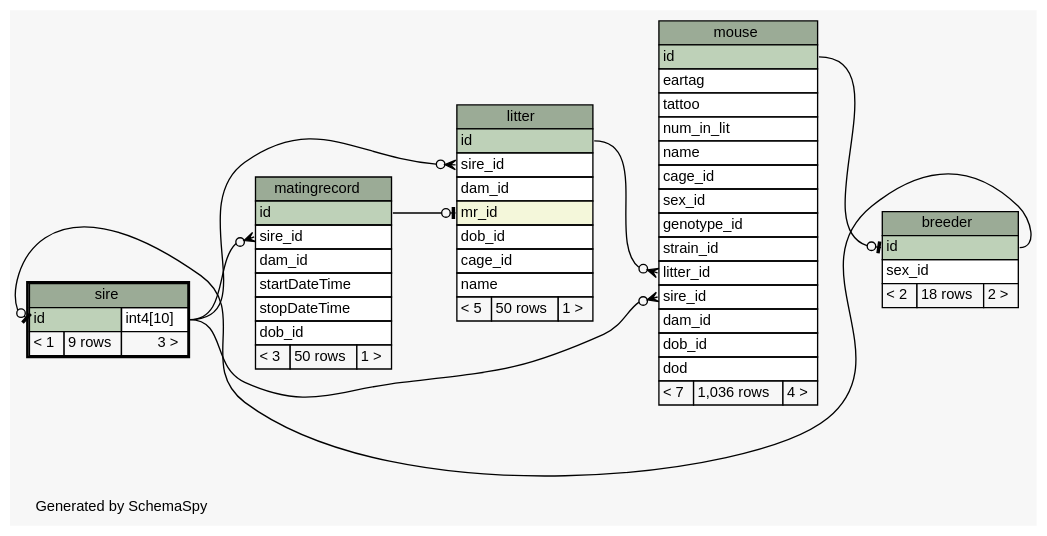
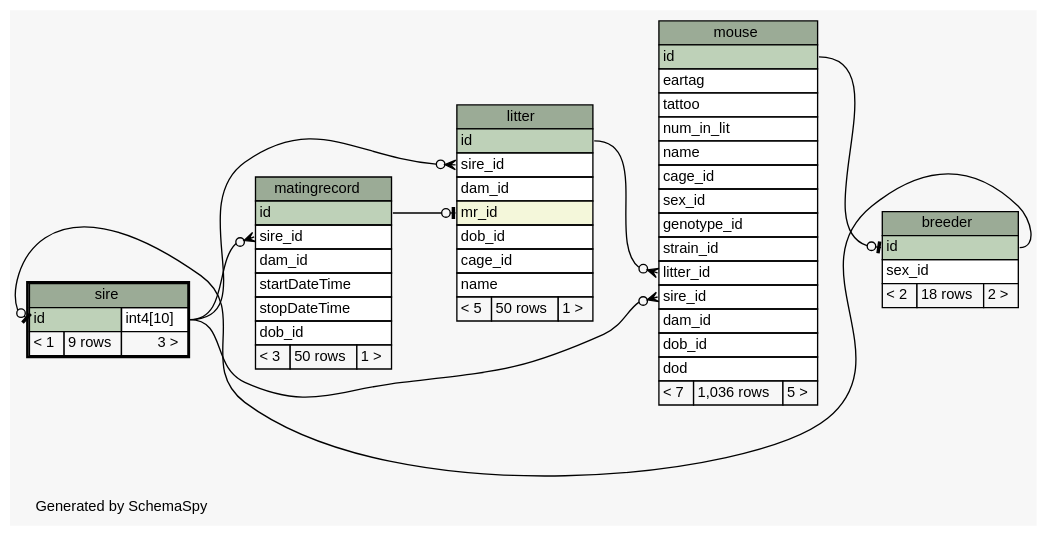
The diagram in database/ss/diagrams/sire.1degree.dot (tgbugs/mlab), drawn with Graphviz before and after one commit. The commit also changed 183 other files, not shown here.

```diff
--- a/database/ss/diagrams/sire.1degree.dot
+++ b/database/ss/diagrams/sire.1degree.dot
@@ -1,104 +1,104 @@
 // dot 2.32.0 on Windows 7 6.1
 // SchemaSpy rev 590
 digraph "oneDegreeRelationshipsDiagram" {
   graph [
     rankdir="RL"
     bgcolor="#f7f7f7"
     label="\nGenerated by SchemaSpy"
     labeljust="l"
     nodesep="0.18"
     ranksep="0.46"
     fontname="Helvetica"
     fontsize="11"
   ];
   node [
     fontname="Helvetica"
     fontsize="11"
     shape="plaintext"
   ];
   edge [
     arrowsize="0.8"
   ];
   "breeder":"id":w -> "mouse":"id":e [arrowhead=none dir=back arrowtail=teeodot];
   "litter":"mr_id":w -> "matingrecord":"id":e [arrowhead=none dir=back arrowtail=teeodot];
   "litter":"sire_id":w -> "sire":"id.type":e [arrowhead=none dir=back arrowtail=crowodot];
   "matingrecord":"sire_id":w -> "sire":"id.type":e [arrowhead=none dir=back arrowtail=crowodot];
   "mouse":"litter_id":w -> "litter":"id":e [arrowhead=none dir=back arrowtail=crowodot];
   "mouse":"sire_id":w -> "sire":"id.type":e [arrowhead=none dir=back arrowtail=crowodot];
   "sire":"id":w -> "breeder":"id":e [arrowhead=none dir=back arrowtail=teeodot];
   "breeder" [
     label=<
     <TABLE BORDER="0" CELLBORDER="1" CELLSPACING="0" BGCOLOR="#ffffff">
       <TR><TD COLSPAN="3" BGCOLOR="#9bab96" ALIGN="CENTER">breeder</TD></TR>
       <TR><TD PORT="id" COLSPAN="3" BGCOLOR="#bed1b8" ALIGN="LEFT">id</TD></TR>
       <TR><TD PORT="sex_id" COLSPAN="3" ALIGN="LEFT">sex_id</TD></TR>
       <TR><TD ALIGN="LEFT" BGCOLOR="#f7f7f7">&lt; 2</TD><TD ALIGN="RIGHT" BGCOLOR="#f7f7f7">18 rows</TD><TD ALIGN="RIGHT" BGCOLOR="#f7f7f7">2 &gt;</TD></TR>
     </TABLE>>
     URL="breeder.html"
     tooltip="breeder"
   ];
   "litter" [
     label=<
     <TABLE BORDER="0" CELLBORDER="1" CELLSPACING="0" BGCOLOR="#ffffff">
       <TR><TD COLSPAN="3" BGCOLOR="#9bab96" ALIGN="CENTER">litter</TD></TR>
       <TR><TD PORT="id" COLSPAN="3" BGCOLOR="#bed1b8" ALIGN="LEFT">id</TD></TR>
       <TR><TD PORT="sire_id" COLSPAN="3" ALIGN="LEFT">sire_id</TD></TR>
       <TR><TD PORT="dam_id" COLSPAN="3" ALIGN="LEFT">dam_id</TD></TR>
       <TR><TD PORT="mr_id" COLSPAN="3" BGCOLOR="#f4f7da" ALIGN="LEFT">mr_id</TD></TR>
       <TR><TD PORT="dob_id" COLSPAN="3" ALIGN="LEFT">dob_id</TD></TR>
       <TR><TD PORT="cage_id" COLSPAN="3" ALIGN="LEFT">cage_id</TD></TR>
       <TR><TD PORT="name" COLSPAN="3" ALIGN="LEFT">name</TD></TR>
       <TR><TD ALIGN="LEFT" BGCOLOR="#f7f7f7">&lt; 5</TD><TD ALIGN="RIGHT" BGCOLOR="#f7f7f7">50 rows</TD><TD ALIGN="RIGHT" BGCOLOR="#f7f7f7">1 &gt;</TD></TR>
     </TABLE>>
     URL="litter.html"
     tooltip="litter"
   ];
   "matingrecord" [
     label=<
     <TABLE BORDER="0" CELLBORDER="1" CELLSPACING="0" BGCOLOR="#ffffff">
       <TR><TD COLSPAN="3" BGCOLOR="#9bab96" ALIGN="CENTER">matingrecord</TD></TR>
       <TR><TD PORT="id" COLSPAN="3" BGCOLOR="#bed1b8" ALIGN="LEFT">id</TD></TR>
       <TR><TD PORT="sire_id" COLSPAN="3" ALIGN="LEFT">sire_id</TD></TR>
       <TR><TD PORT="dam_id" COLSPAN="3" ALIGN="LEFT">dam_id</TD></TR>
       <TR><TD PORT="startDateTime" COLSPAN="3" ALIGN="LEFT">startDateTime</TD></TR>
       <TR><TD PORT="stopDateTime" COLSPAN="3" ALIGN="LEFT">stopDateTime</TD></TR>
       <TR><TD PORT="dob_id" COLSPAN="3" ALIGN="LEFT">dob_id</TD></TR>
       <TR><TD ALIGN="LEFT" BGCOLOR="#f7f7f7">&lt; 3</TD><TD ALIGN="RIGHT" BGCOLOR="#f7f7f7">50 rows</TD><TD ALIGN="RIGHT" BGCOLOR="#f7f7f7">1 &gt;</TD></TR>
     </TABLE>>
     URL="matingrecord.html"
     tooltip="matingrecord"
   ];
   "mouse" [
     label=<
     <TABLE BORDER="0" CELLBORDER="1" CELLSPACING="0" BGCOLOR="#ffffff">
       <TR><TD COLSPAN="3" BGCOLOR="#9bab96" ALIGN="CENTER">mouse</TD></TR>
       <TR><TD PORT="id" COLSPAN="3" BGCOLOR="#bed1b8" ALIGN="LEFT">id</TD></TR>
       <TR><TD PORT="eartag" COLSPAN="3" ALIGN="LEFT">eartag</TD></TR>
       <TR><TD PORT="tattoo" COLSPAN="3" ALIGN="LEFT">tattoo</TD></TR>
       <TR><TD PORT="num_in_lit" COLSPAN="3" ALIGN="LEFT">num_in_lit</TD></TR>
       <TR><TD PORT="name" COLSPAN="3" ALIGN="LEFT">name</TD></TR>
       <TR><TD PORT="cage_id" COLSPAN="3" ALIGN="LEFT">cage_id</TD></TR>
       <TR><TD PORT="sex_id" COLSPAN="3" ALIGN="LEFT">sex_id</TD></TR>
       <TR><TD PORT="genotype_id" COLSPAN="3" ALIGN="LEFT">genotype_id</TD></TR>
       <TR><TD PORT="strain_id" COLSPAN="3" ALIGN="LEFT">strain_id</TD></TR>
       <TR><TD PORT="litter_id" COLSPAN="3" ALIGN="LEFT">litter_id</TD></TR>
       <TR><TD PORT="sire_id" COLSPAN="3" ALIGN="LEFT">sire_id</TD></TR>
       <TR><TD PORT="dam_id" COLSPAN="3" ALIGN="LEFT">dam_id</TD></TR>
       <TR><TD PORT="dob_id" COLSPAN="3" ALIGN="LEFT">dob_id</TD></TR>
       <TR><TD PORT="dod" COLSPAN="3" ALIGN="LEFT">dod</TD></TR>
-      <TR><TD ALIGN="LEFT" BGCOLOR="#f7f7f7">&lt; 7</TD><TD ALIGN="RIGHT" BGCOLOR="#f7f7f7">1,036 rows</TD><TD ALIGN="RIGHT" BGCOLOR="#f7f7f7">4 &gt;</TD></TR>
+      <TR><TD ALIGN="LEFT" BGCOLOR="#f7f7f7">&lt; 7</TD><TD ALIGN="RIGHT" BGCOLOR="#f7f7f7">1,036 rows</TD><TD ALIGN="RIGHT" BGCOLOR="#f7f7f7">5 &gt;</TD></TR>
     </TABLE>>
     URL="mouse.html"
     tooltip="mouse"
   ];
   "sire" [
     label=<
     <TABLE BORDER="2" CELLBORDER="1" CELLSPACING="0" BGCOLOR="#ffffff">
       <TR><TD COLSPAN="3" BGCOLOR="#9bab96" ALIGN="CENTER">sire</TD></TR>
       <TR><TD PORT="id" COLSPAN="2" BGCOLOR="#bed1b8" ALIGN="LEFT">id</TD><TD PORT="id.type" ALIGN="LEFT">int4[10]</TD></TR>
       <TR><TD ALIGN="LEFT" BGCOLOR="#f7f7f7">&lt; 1</TD><TD ALIGN="RIGHT" BGCOLOR="#f7f7f7">9 rows</TD><TD ALIGN="RIGHT" BGCOLOR="#f7f7f7">3 &gt;</TD></TR>
     </TABLE>>
     URL="sire.html"
     tooltip="sire"
   ];
 }
```
